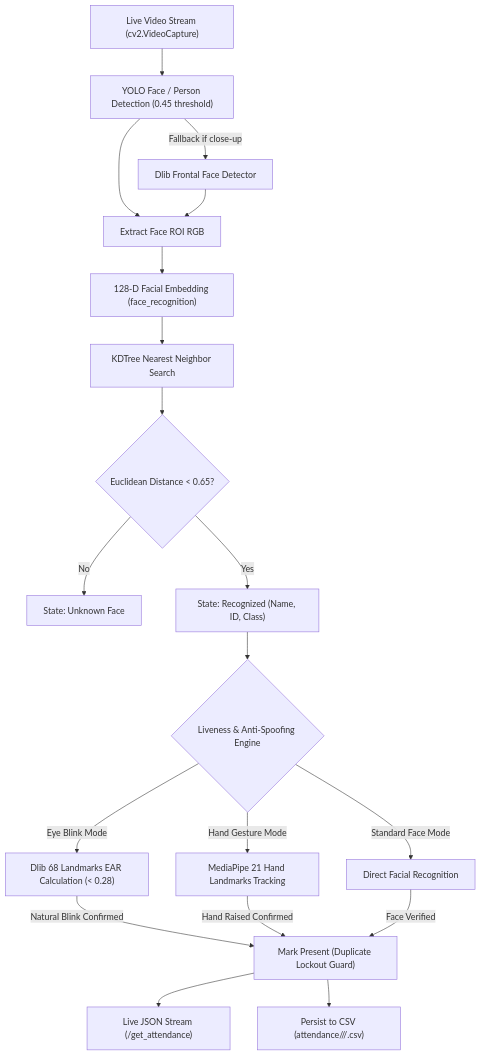
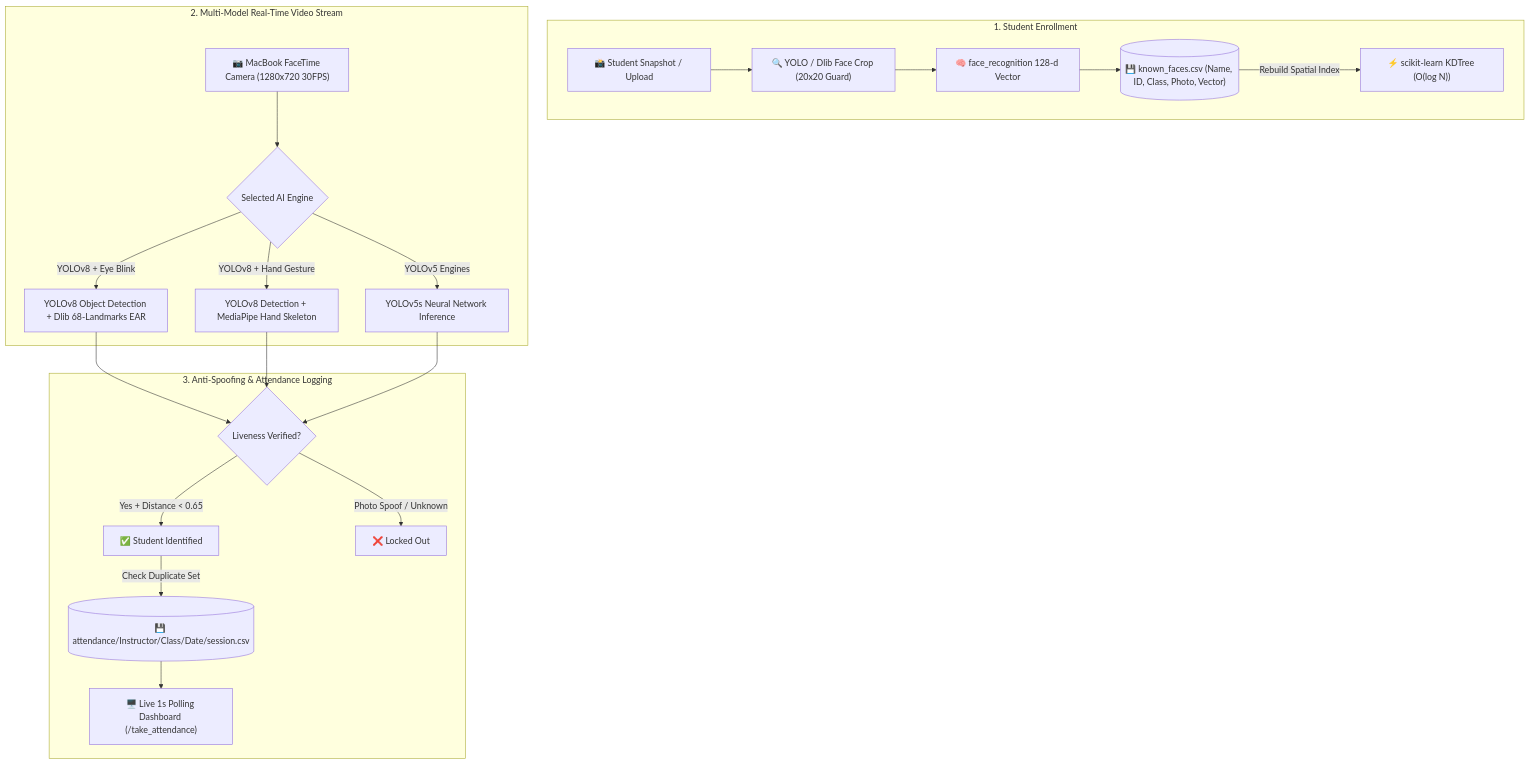
The diagram in PROJECT_OVERVIEW.md (Kku05/YOLOv5-v8_RealTime_Attendance_Tracking_system), drawn with Mermaid before and after one commit. The commit also changed other lines of this file and 4 other files, not shown here.

````diff
--- a/PROJECT_OVERVIEW.md
+++ b/PROJECT_OVERVIEW.md
@@ -56,26 +10,26 @@
 ```mermaid
 flowchart TD
-    A["Live Video Stream (cv2.VideoCapture)"] --> B["YOLO Face / Person Detection (0.45 threshold)"]
-    B -->|Fallback if close-up| C["Dlib Frontal Face Detector"]
-    B --> D["Extract Face ROI RGB"]
-    C --> D
-    
-    D --> E["128-D Facial Embedding (face_recognition)"]
-    E --> F["KDTree Nearest Neighbor Search"]
-    
-    F --> G{"Euclidean Distance < 0.65?"}
-    G -- No --> H["State: Unknown Face"]
-    G -- Yes --> I["State: Recognized (Name, ID, Class)"]
-    
-    I --> J{"Liveness & Anti-Spoofing Engine"}
-    J -- Eye Blink Mode --> K["Dlib 68 Landmarks EAR Calculation (< 0.28)"]
-    J -- Hand Gesture Mode --> L["MediaPipe 21 Hand Landmarks Tracking"]
-    J -- Standard Face Mode --> M["Direct Facial Recognition"]
-    
-    K -- Natural Blink Confirmed --> N["Mark Present (Duplicate Lockout Guard)"]
-    L -- Hand Raised Confirmed --> N
-    M -- Face Verified --> N
-    
-    N --> O["Live JSON Stream (/get_attendance)"]
-    N --> P["Persist to CSV (attendance/<instructor>/<class>/<date>.csv)"]
+    subgraph 1. Student Enrollment
+        A["📸 Student Snapshot / Upload"] --> B["🔍 YOLO / Dlib Face Crop (20x20 Guard)"]
+        B --> C["🧠 face_recognition 128-d Vector"]
+        C --> D[("💾 known_faces.csv (Name, ID, Class, Photo, Vector)")]
+        D -->|"Rebuild Spatial Index"| KD["⚡ scikit-learn KDTree (O(log N))"]
+    end
+
+    subgraph 2. Multi-Model Real-Time Video Stream
+        CAM["📷 MacBook FaceTime Camera (1280x720 30FPS)"] --> PIPE{"Selected AI Engine"}
+        PIPE -->|"YOLOv8 + Eye Blink"| Y8E["YOLOv8 Object Detection + Dlib 68-Landmarks EAR"]
+        PIPE -->|"YOLOv8 + Hand Gesture"| Y8H["YOLOv8 Detection + MediaPipe Hand Skeleton"]
+        PIPE -->|"YOLOv5 Engines"| Y5["YOLOv5s Neural Network Inference"]
+    end
+
+    subgraph 3. Anti-Spoofing & Attendance Logging
+        Y8E --> SPOOF{"Liveness Verified?"}
+        Y8H --> SPOOF
+        Y5 --> SPOOF
+        SPOOF -->|"Yes + Distance < 0.65"| MATCH["✅ Student Identified"]
+        SPOOF -->|"Photo Spoof / Unknown"| REJ["❌ Locked Out"]
+        MATCH -->|"Check Duplicate Set"| CSV[("💾 attendance/Instructor/Class/Date/session.csv")]
+        CSV --> DASH["🖥️ Live 1s Polling Dashboard (/take_attendance)"]
+    end
 ```
````
